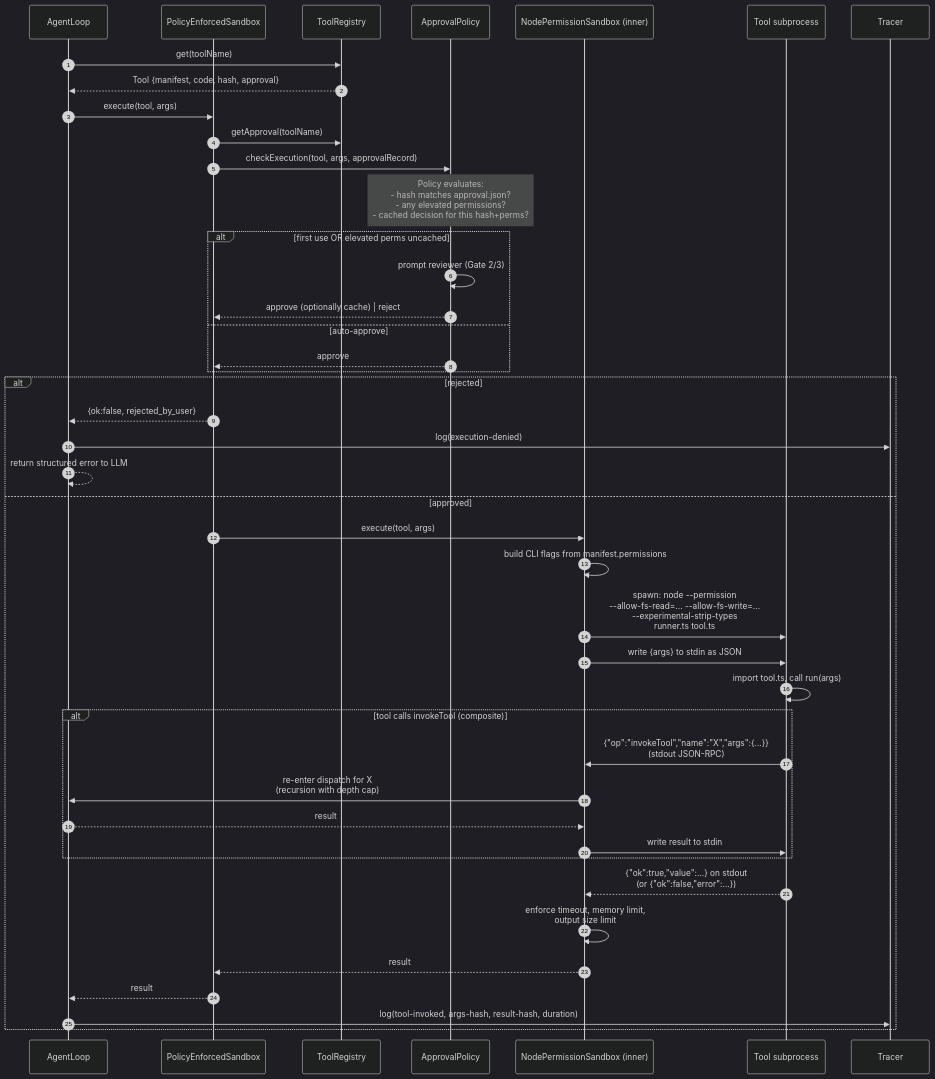
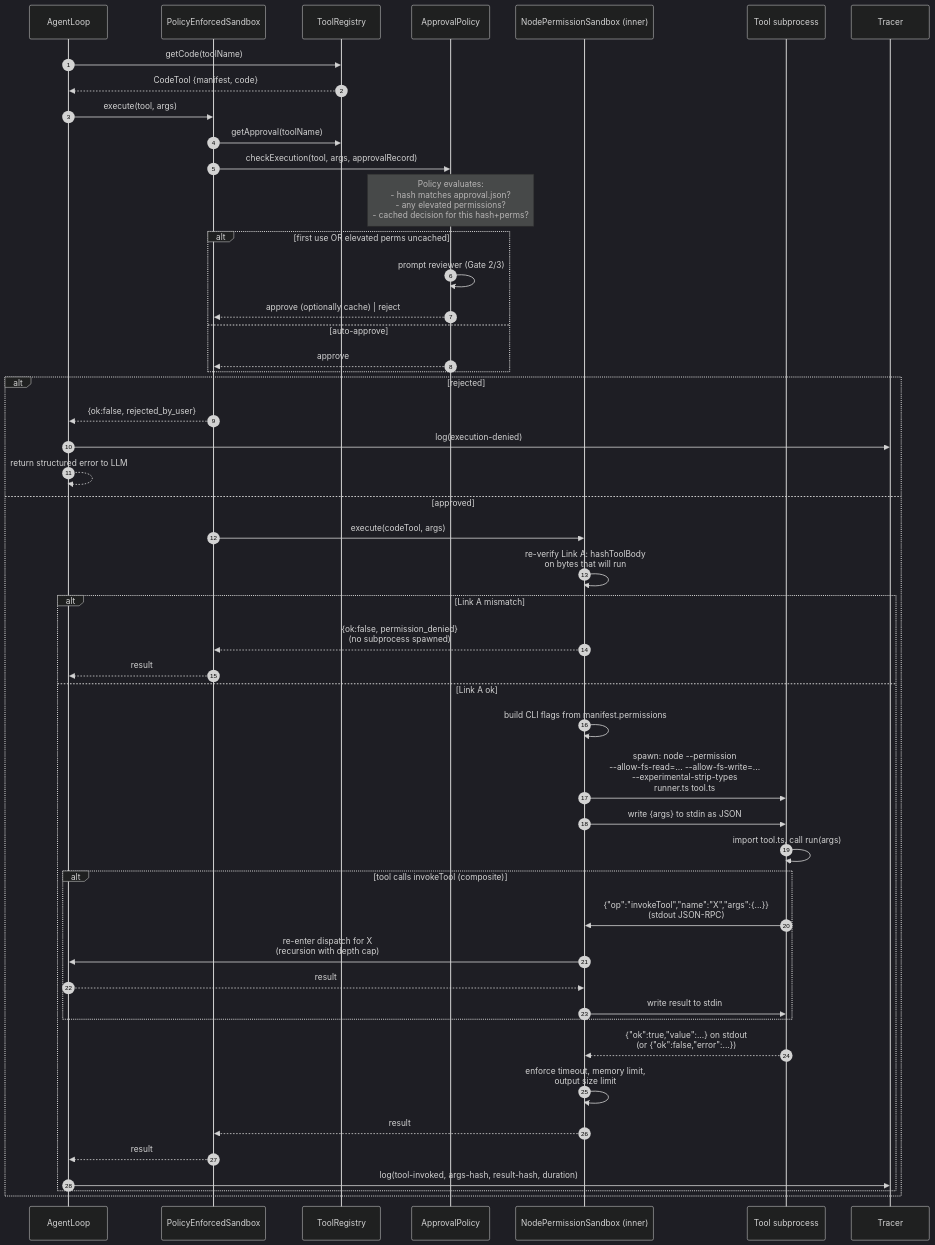
Before and after one commit to slior/meta-agent: the third of 4 diagrams in docs/meta-tool-design.md, drawn with Mermaid (dark theme). The commit also changed other lines of this file and 55 other files, not shown here.

````diff
--- a/docs/meta-tool-design.md
+++ b/docs/meta-tool-design.md
@@ -265,46 +288,52 @@
 ```mermaid
 sequenceDiagram
     autonumber
     participant A as AgentLoop
     participant W as PolicyEnforcedSandbox
     participant R as ToolRegistry
     participant P as ApprovalPolicy
     participant S as NodePermissionSandbox (inner)
     participant C as Tool subprocess
     participant T as Tracer
 
-    A->>R: get(toolName)
-    R-->>A: Tool {manifest, code, hash, approval}
+    A->>R: getCode(toolName)
+    R-->>A: CodeTool {manifest, code}
     A->>W: execute(tool, args)
     W->>R: getApproval(toolName)
     W->>P: checkExecution(tool, args, approvalRecord)
     Note over P: Policy evaluates:<br/>- hash matches approval.json?<br/>- any elevated permissions?<br/>- cached decision for this hash+perms?
     alt first use OR elevated perms uncached
         P->>P: prompt reviewer (Gate 2/3)
         P-->>W: approve (optionally cache) | reject
     else auto-approve
         P-->>W: approve
     end
     alt rejected
         W-->>A: {ok:false, rejected_by_user}
         A->>T: log(execution-denied)
         A-->>A: return structured error to LLM
     else approved
-        W->>S: execute(tool, args)
-        S->>S: build CLI flags from manifest.permissions
-        S->>C: spawn: node --permission<br/>--allow-fs-read=... --allow-fs-write=...<br/>--experimental-strip-types<br/>runner.ts tool.ts
-        S->>C: write {args} to stdin as JSON
-        C->>C: import tool.ts, call run(args)
-        alt tool calls invokeTool (composite)
-            C->>S: {"op":"invokeTool","name":"X","args":{...}}<br/>(stdout JSON-RPC)
-            S->>A: re-enter dispatch for X<br/>(recursion with depth cap)
-            A-->>S: result
-            S->>C: write result to stdin
+        W->>S: execute(codeTool, args)
+        S->>S: re-verify Link A: hashToolBody<br/>on bytes that will run
+        alt Link A mismatch
+            S-->>W: {ok:false, permission_denied}<br/>(no subprocess spawned)
+            W-->>A: result
+        else Link A ok
+            S->>S: build CLI flags from manifest.permissions
+            S->>C: spawn: node --permission<br/>--allow-fs-read=... --allow-fs-write=...<br/>--experimental-strip-types<br/>runner.ts tool.ts
+            S->>C: write {args} to stdin as JSON
+            C->>C: import tool.ts, call run(args)
+            alt tool calls invokeTool (composite)
+                C->>S: {"op":"invokeTool","name":"X","args":{...}}<br/>(stdout JSON-RPC)
+                S->>A: re-enter dispatch for X<br/>(recursion with depth cap)
+                A-->>S: result
+                S->>C: write result to stdin
+            end
+            C-->>S: {"ok":true,"value":...} on stdout<br/>(or {"ok":false,"error":...})
+            S->>S: enforce timeout, memory limit,<br/>output size limit
+            S-->>W: result
+            W-->>A: result
+            A->>T: log(tool-invoked, args-hash, result-hash, duration)
         end
-        C-->>S: {"ok":true,"value":...} on stdout<br/>(or {"ok":false,"error":...})
-        S->>S: enforce timeout, memory limit,<br/>output size limit
-        S-->>W: result
-        W-->>A: result
-        A->>T: log(tool-invoked, args-hash, result-hash, duration)
     end
 ```
````
